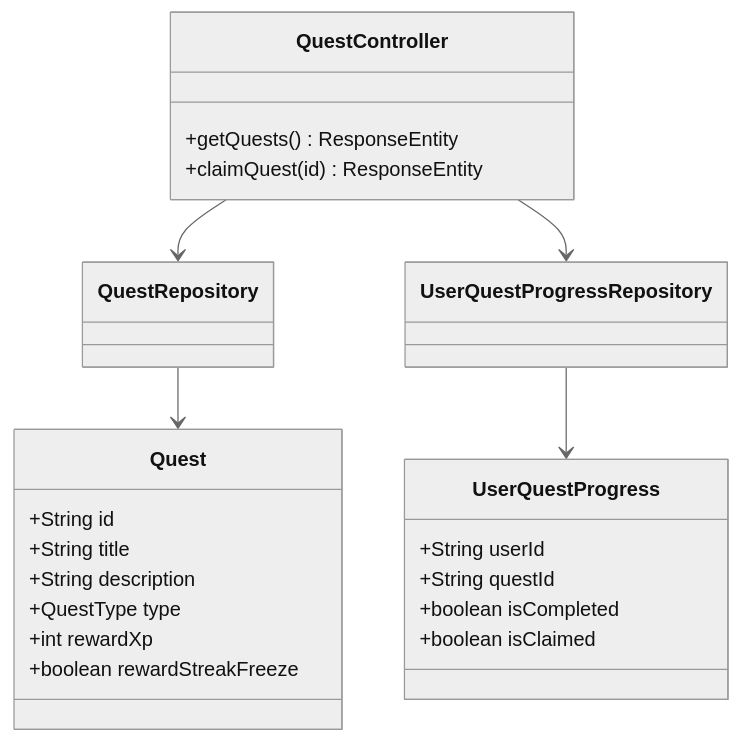
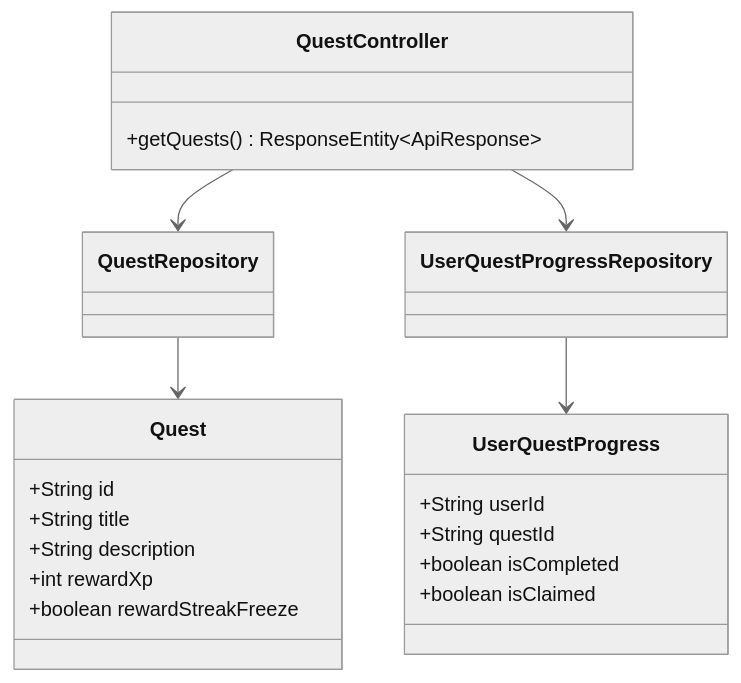
Before and after one commit to The-MC-Hub/MC_Voice_Training_Backend: the first of 4 diagrams in docs/use-cases/UC-07-onboarding-quest.md, drawn with Mermaid (neutral theme). The commit also changed other lines of this file and 12 other files, not shown here.

Commit message:
docs(use-cases): fully expand all sub-use-cases across all 13 UC files with dedicated Class Diagrams, Sequence Diagrams, and Unit Tests

````diff
--- a/docs/use-cases/UC-07-onboarding-quest.md
+++ b/docs/use-cases/UC-07-onboarding-quest.md
@@ -23,28 +15,23 @@
 ```mermaid
 classDiagram
     class QuestController {
-        +getQuests() ResponseEntity
-        +claimQuest(id) ResponseEntity
+        +getQuests() ResponseEntity~ApiResponse~
     }
-
     class Quest {
         +String id
         +String title
         +String description
-        +QuestType type
         +int rewardXp
         +boolean rewardStreakFreeze
     }
-
     class UserQuestProgress {
         +String userId
         +String questId
         +boolean isCompleted
         +boolean isClaimed
     }
-
     QuestController --> QuestRepository
     QuestController --> UserQuestProgressRepository
     QuestRepository --> Quest
     UserQuestProgressRepository --> UserQuestProgress
 ```
````
